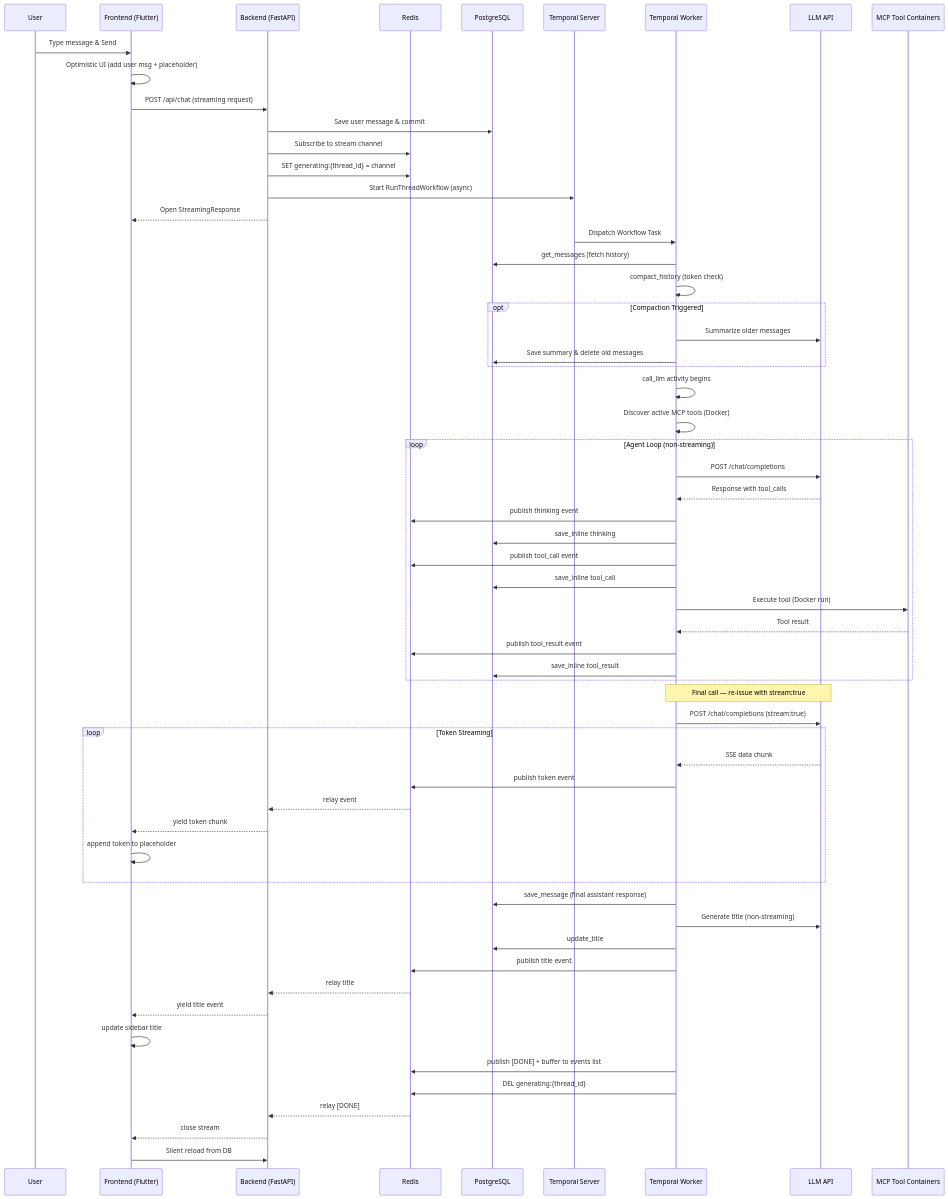
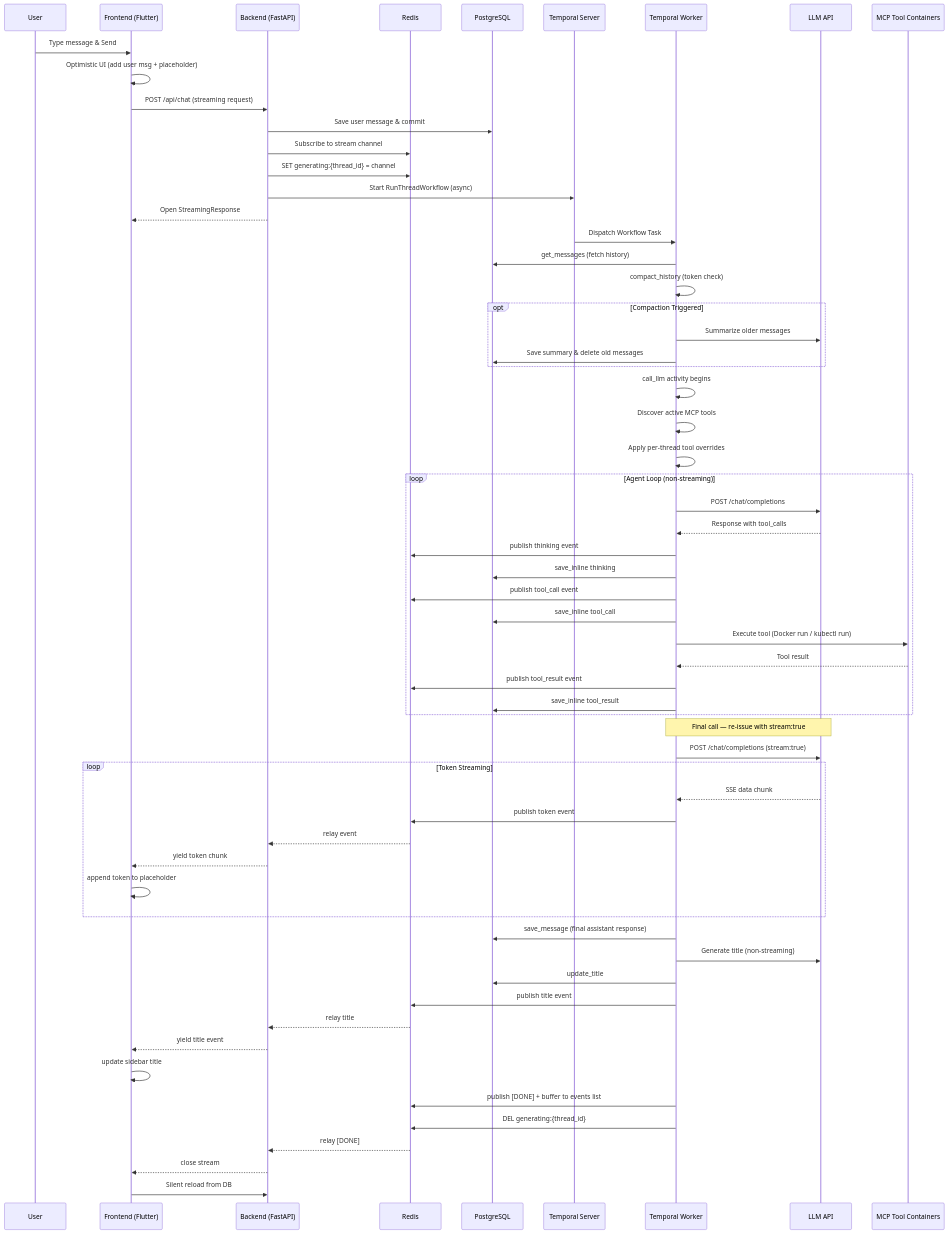
One commit to GethosTheWalrus/thread-bot changed the diagram in DESIGN.md. Above: the diagram before and after it, drawn with Mermaid. The commit also changed other lines of this file and 3 other files, not shown here.

````diff
--- a/DESIGN.md
+++ b/DESIGN.md
@@ -205,69 +241,70 @@
 ```mermaid
 sequenceDiagram
     participant U as User
     participant F as Frontend (Flutter)
     participant B as Backend (FastAPI)
     participant R as Redis
     participant DB as PostgreSQL
     participant T as Temporal Server
     participant W as Temporal Worker
     participant L as LLM API
     participant MCP as MCP Tool Containers
 
     U->>F: Type message & Send
     F->>F: Optimistic UI (add user msg + placeholder)
     F->>B: POST /api/chat (streaming request)
     B->>DB: Save user message & commit
     B->>R: Subscribe to stream channel
     B->>R: SET generating:{thread_id} = channel
     B->>T: Start RunThreadWorkflow (async)
     B-->>F: Open StreamingResponse
 
     T->>W: Dispatch Workflow Task
     W->>DB: get_messages (fetch history)
     W->>W: compact_history (token check)
     opt Compaction Triggered
         W->>L: Summarize older messages
         W->>DB: Save summary & delete old messages
     end
 
     W->>W: call_llm activity begins
-    W->>W: Discover active MCP tools (Docker)
+    W->>W: Discover active MCP tools
+    W->>W: Apply per-thread tool overrides
 
     loop Agent Loop (non-streaming)
         W->>L: POST /chat/completions
         L-->>W: Response with tool_calls
         W->>R: publish thinking event
         W->>DB: save_inline thinking
         W->>R: publish tool_call event
         W->>DB: save_inline tool_call
-        W->>MCP: Execute tool (Docker run)
+        W->>MCP: Execute tool (Docker run / kubectl run)
         MCP-->>W: Tool result
         W->>R: publish tool_result event
         W->>DB: save_inline tool_result
     end
 
     Note over W,L: Final call — re-issue with stream:true
     W->>L: POST /chat/completions (stream:true)
     loop Token Streaming
         L-->>W: SSE data chunk
         W->>R: publish token event
         R-->>B: relay event
         B-->>F: yield token chunk
         F->>F: append token to placeholder
     end
 
     W->>DB: save_message (final assistant response)
     W->>L: Generate title (non-streaming)
     W->>DB: update_title
     W->>R: publish title event
     R-->>B: relay title
     B-->>F: yield title event
     F->>F: update sidebar title
 
     W->>R: publish [DONE] + buffer to events list
     W->>R: DEL generating:{thread_id}
     R-->>B: relay [DONE]
     B-->>F: close stream
     F->>B: Silent reload from DB
 ```
````
